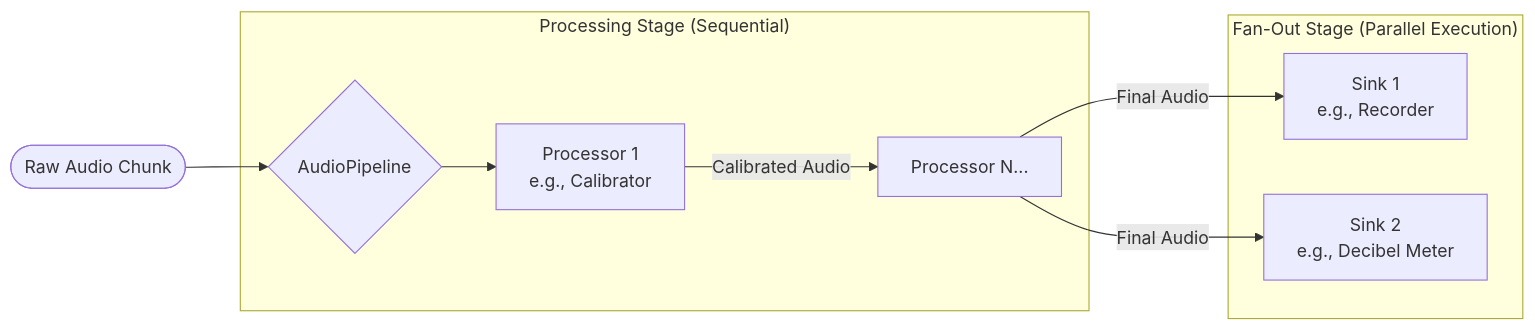
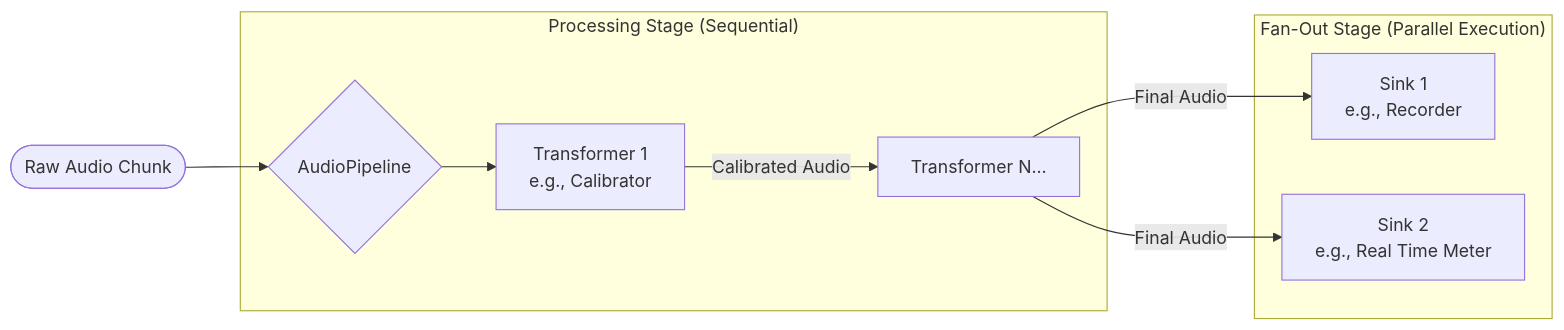
The second of 2 diagrams in docs/ARCHITECTURE.md (danielfcollier/py-umik-base-app), drawn with Mermaid before and after one commit. The commit also changed other lines of this file and 92 other files, not shown here.

````diff
--- a/docs/ARCHITECTURE.md
+++ b/docs/ARCHITECTURE.md
@@ -54,14 +54,14 @@
 ```mermaid
 graph LR
     Input([Raw Audio Chunk]) --> Pipeline{AudioPipeline}
     
     subgraph "Processing Stage (Sequential)"
-        Pipeline --> Proc1[Processor 1<br/>e.g., Calibrator]
-        Proc1 -->|Calibrated Audio| Proc2[Processor N...]
+        Pipeline --> Proc1[Transformer 1<br/>e.g., Calibrator]
+        Proc1 -->|Calibrated Audio| Proc2[Transformer N...]
     end
     
     subgraph "Fan-Out Stage (Parallel Execution)"
         Proc2 -->|Final Audio| Sink1[Sink 1<br/>e.g., Recorder]
-        Proc2 -->|Final Audio| Sink2[Sink 2<br/>e.g., Decibel Meter]
+        Proc2 -->|Final Audio| ink2[Sink 2<br/>e.g., Real Time Meter]
     end
 ```
````
